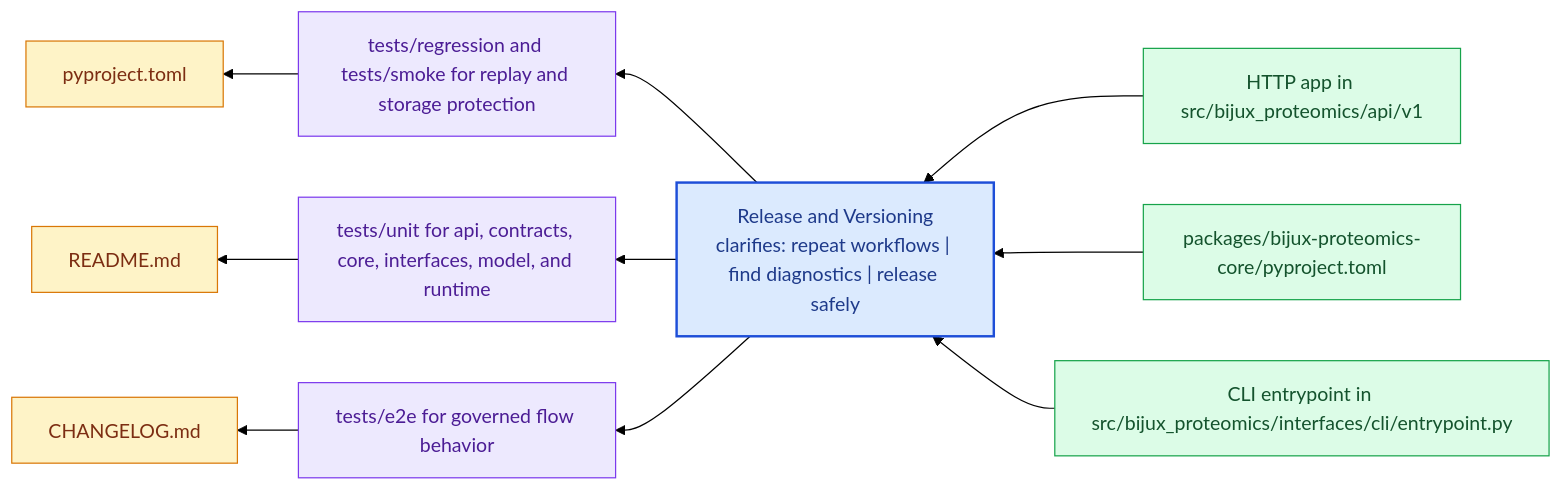
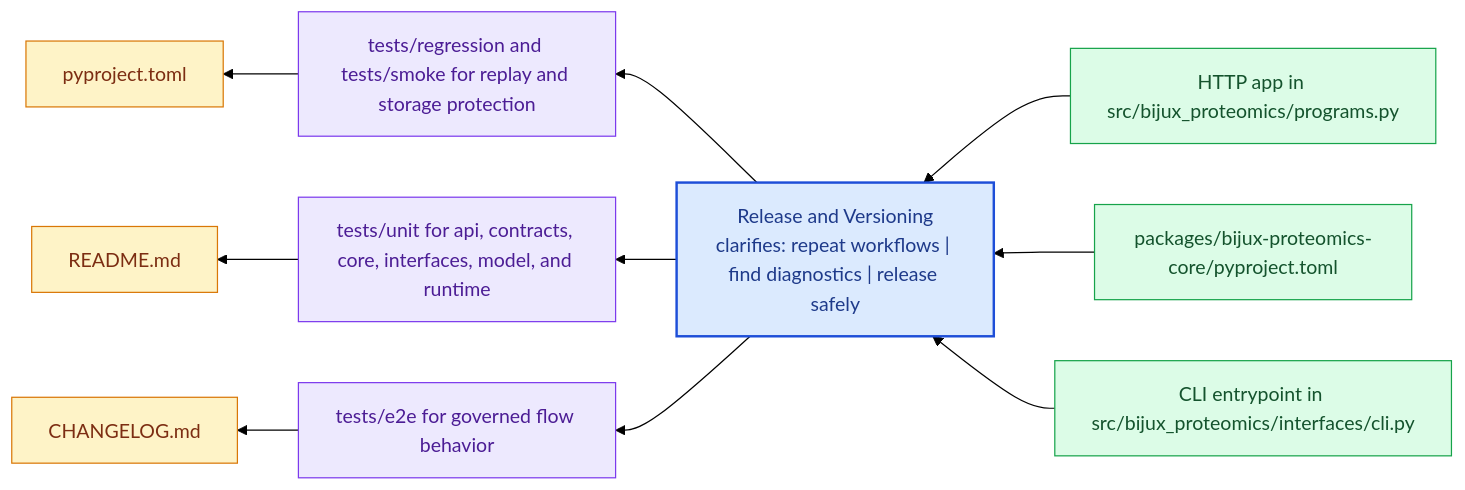
Before and after one commit to bijux/bijux-proteomics: the diagram in docs/bijux-proteomics-core/operations/release-and-versioning.md, drawn with Mermaid (forest theme). The commit also changed 24 other files, not shown here.

Commit message:
docs(bijux-proteomics-core): realign handbook around program contracts and lifecycle models

````diff
--- a/docs/bijux-proteomics-core/operations/release-and-versioning.md
+++ b/docs/bijux-proteomics-core/operations/release-and-versioning.md
@@ -23,31 +23,31 @@
 ```mermaid
 flowchart RL
     page["Release and Versioning<br/>clarifies: repeat workflows | find diagnostics | release safely"]
     classDef page fill:#dbeafe,stroke:#1d4ed8,color:#1e3a8a,stroke-width:2px;
     classDef positive fill:#dcfce7,stroke:#16a34a,color:#14532d;
     classDef caution fill:#fee2e2,stroke:#dc2626,color:#7f1d1d;
     classDef anchor fill:#ede9fe,stroke:#7c3aed,color:#4c1d95;
     classDef action fill:#fef3c7,stroke:#d97706,color:#7c2d12;
-    step1["HTTP app in src/bijux_proteomics/api/v1"]
+    step1["HTTP app in src/bijux_proteomics/programs.py"]
     step1 --> page
     step2["packages/bijux-proteomics-core/pyproject.toml"]
     step2 --> page
-    step3["CLI entrypoint in src/bijux_proteomics/interfaces/cli/entrypoint.py"]
+    step3["CLI entrypoint in src/bijux_proteomics/interfaces/cli.py"]
     step3 --> page
     run1["tests/regression and tests/smoke for replay and storage protection"]
     page --> run1
     run2["tests/unit for api, contracts, core, interfaces, model, and runtime"]
     page --> run2
     run3["tests/e2e for governed flow behavior"]
     page --> run3
     release1["pyproject.toml"]
     run1 --> release1
     release2["README.md"]
     run2 --> release2
     release3["CHANGELOG.md"]
     run3 --> release3
     class page page;
     class step1,step2,step3 positive;
     class run1,run2,run3 anchor;
     class release1,release2,release3 action;
 ```
````
